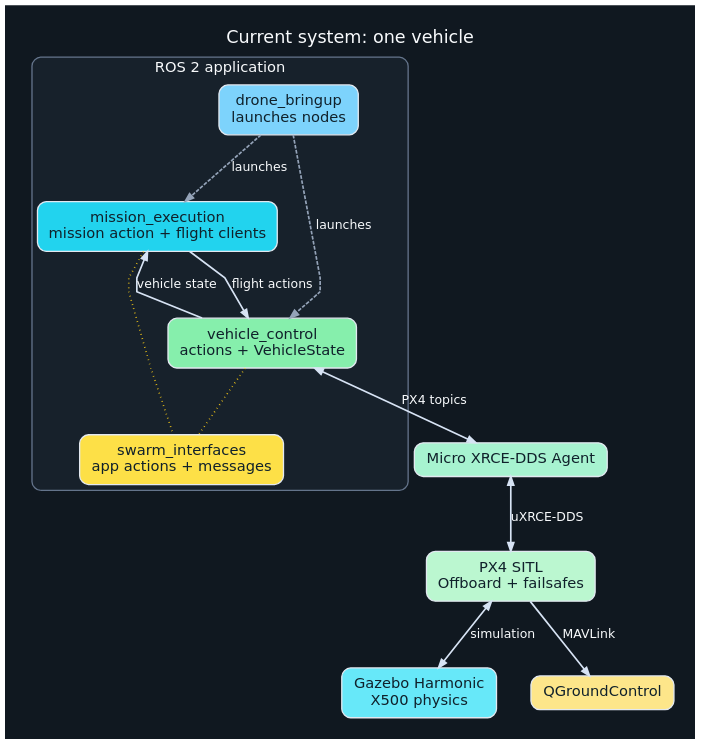
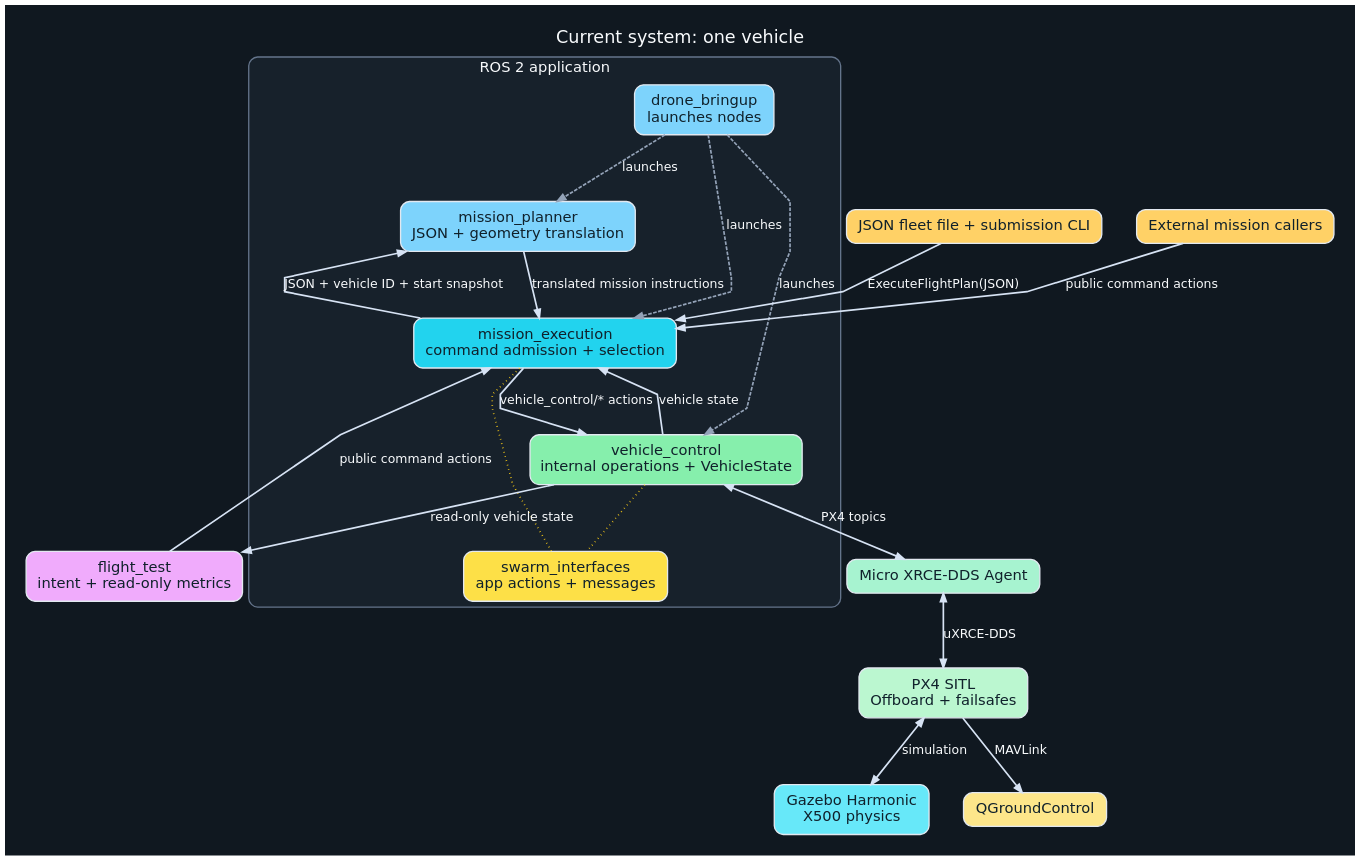
The diagram in docs/architecture/current-system.dot (VIP-FLIE/DroneSwarming), drawn with Graphviz before and after one commit. The commit also changed 96 other files, not shown here.

```diff
--- a/docs/architecture/current-system.dot
+++ b/docs/architecture/current-system.dot
@@ -1,66 +1,78 @@
 digraph CurrentSystem {
   graph [
     bgcolor="#101820",
     fontcolor="#f8fafc",
     fontname="DejaVu Sans",
     fontsize=24,
     label="Current system: one vehicle",
     labelloc=t,
     pad=0.4,
     rankdir=TB,
     ranksep=1.0,
     nodesep=0.65,
     splines=polyline
   ];
   node [
     color="#e2e8f0",
     fontcolor="#10212b",
     fontname="DejaVu Sans",
     fontsize=20,
     margin="0.24,0.16",
     penwidth=1.8,
     shape=box,
     style="rounded,filled"
   ];
   edge [
     color="#d7e3f4",
     fontcolor="#f8fafc",
     fontname="DejaVu Sans",
     fontsize=17,
     penwidth=2.3,
     arrowsize=1.15
   ];
 
   subgraph cluster_application {
     label="ROS 2 application";
     color="#64748b";
     fillcolor="#17212b";
     fontcolor="#f8fafc";
     fontname="DejaVu Sans";
     fontsize=20;
     penwidth=1.8;
     style="rounded,filled";
 
     bringup [label="drone_bringup\nlaunches nodes", fillcolor="#7dd3fc"];
-    mission [label="mission_execution\nmission action + flight clients", fillcolor="#22d3ee"];
-    control [label="vehicle_control\nactions + VehicleState", fillcolor="#86efac"];
+    planner [label="mission_planner\nJSON + geometry translation", fillcolor="#7dd3fc"];
+    mission [label="mission_execution\ncommand admission + selection", fillcolor="#22d3ee"];
+    control [label="vehicle_control\ninternal operations + VehicleState", fillcolor="#86efac"];
     interfaces [label="swarm_interfaces\napp actions + messages", fillcolor="#fde047"];
   }
+
+  file [label="JSON fleet file + submission CLI", fillcolor="#ffd166"];
+  caller [label="External mission callers", fillcolor="#ffd166"];
+  tests [label="flight_test\nintent + read-only metrics", fillcolor="#f0abfc"];
 
   agent [label="Micro XRCE-DDS Agent", fillcolor="#a7f3d0"];
   px4 [label="PX4 SITL\nOffboard + failsafes", fillcolor="#bbf7d0"];
   gazebo [label="Gazebo Harmonic\nX500 physics", fillcolor="#67e8f9"];
   qgc [label="QGroundControl", fillcolor="#fde68a"];
 
-  mission -> control [label="flight actions"];
+  file -> mission [label="ExecuteFlightPlan(JSON)"];
+  mission -> planner [label="JSON + vehicle ID + start snapshot"];
+  planner -> mission [label="translated mission instructions"];
+  bringup -> planner [label="launches", style=dashed, color="#94a3b8"];
+  caller -> mission [label="public command actions"];
+  tests -> mission [label="public command actions"];
+  control -> tests [label="read-only vehicle state"];
+  mission -> control [label="vehicle_control/* actions"];
   control -> mission [label="vehicle state"];
   bringup -> mission [label="launches", style=dashed, color="#94a3b8"];
   bringup -> control [label="launches", style=dashed, color="#94a3b8"];
   mission -> interfaces [style=dotted, dir=none, color="#facc15"];
   control -> interfaces [style=dotted, dir=none, color="#facc15"];
 
   control -> agent [dir=both, label="PX4 topics"];
   agent -> px4 [dir=both, label="uXRCE-DDS"];
   px4 -> gazebo [dir=both, label="simulation"];
   px4 -> qgc [label="MAVLink"];
 }
```
